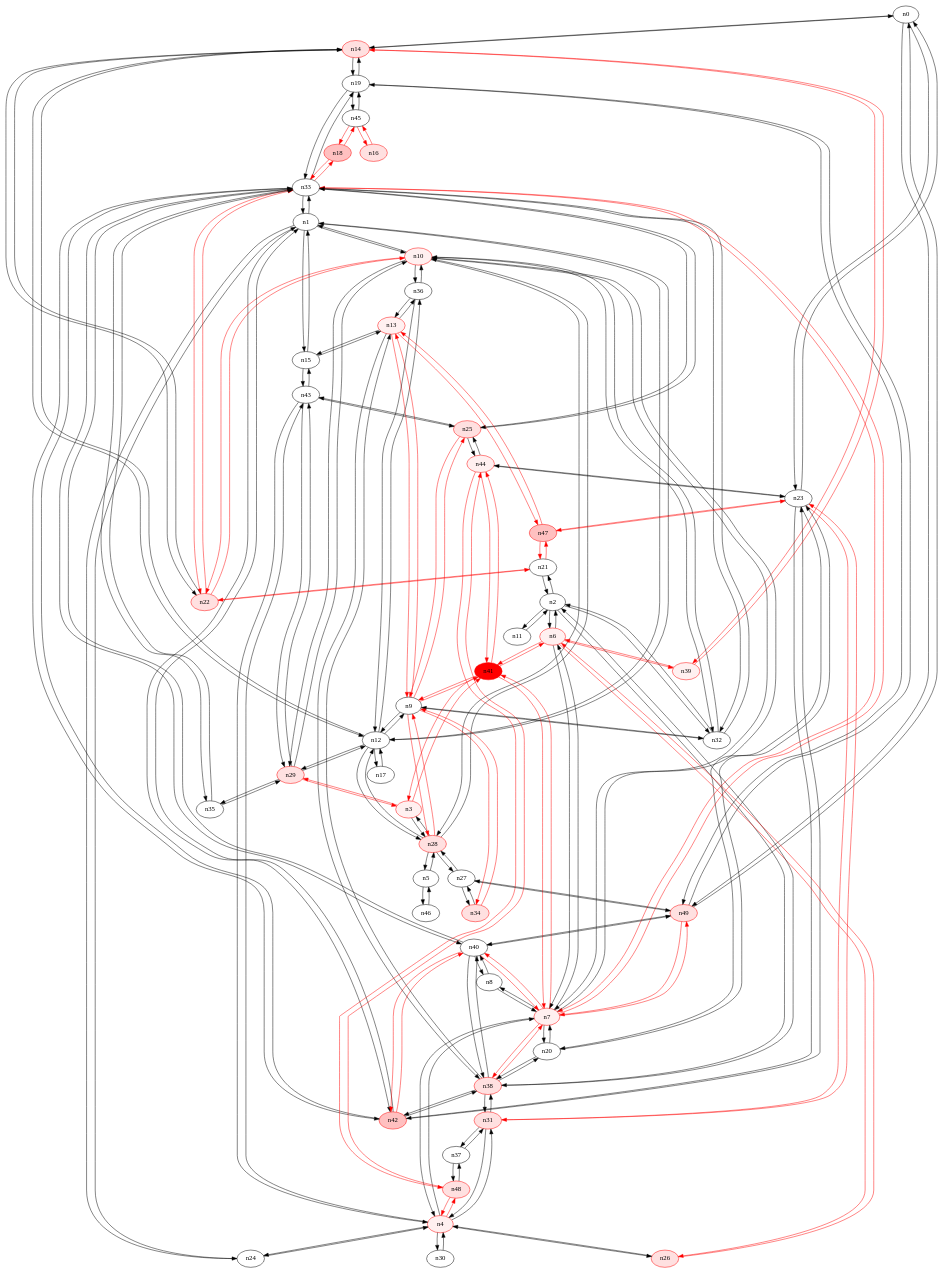
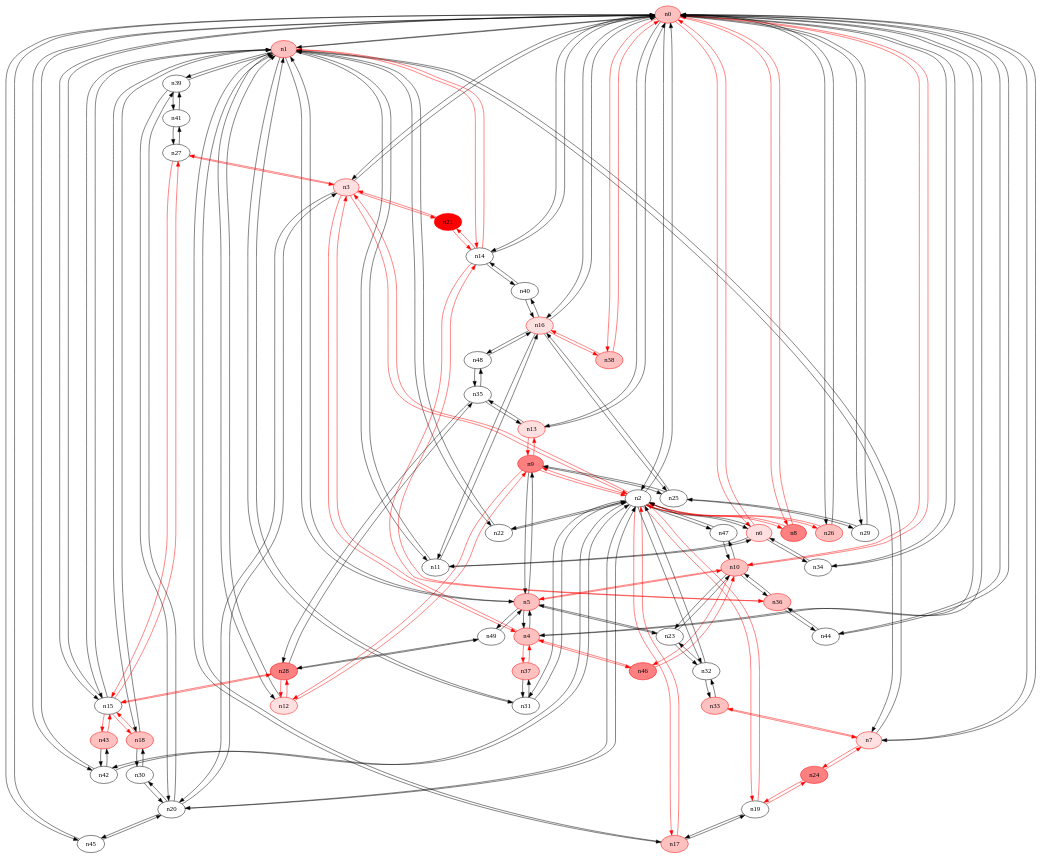
The diagram in 50_40/23-rrt1.dot (ireallyhopeirememberthis/yates_rrt), drawn with Graphviz before and after one commit. The commit also changed 7464 other files, not shown here.

```diff
--- a/50_40/23-rrt1.dot
+++ b/50_40/23-rrt1.dot
@@ -1,252 +1,244 @@
 strict digraph {
-n0 [type=switch];
-n14 [type=switch, color="#FF0000", style=filled, fillcolor="#FFE0E0"];
+n0 [type=switch, color="#FF0000", style=filled, fillcolor="#FFC0C0"];
+n1 [type=host, color="#FF0000", style=filled, fillcolor="#FFC0C0"];
+n2 [type=switch];
+n3 [type=host, color="#FF0000", style=filled, fillcolor="#FFE0E0"];
+n4 [type=host, color="#FF0000", style=filled, fillcolor="#FFC0C0"];
+n6 [type=host, color="#FF0000", style=filled, fillcolor="#FFE0E0"];
+n7 [type=host, color="#FF0000", style=filled, fillcolor="#FFE0E0"];
+n8 [type=host, color="#FF0000", style=filled, fillcolor="#FF8080"];
+n10 [type=host, color="#FF0000", style=filled, fillcolor="#FFC0C0"];
+n13 [type=host, color="#FF0000", style=filled, fillcolor="#FFE0E0"];
+n14 [type=switch];
+n15 [type=switch];
+n16 [type=host, color="#FF0000", style=filled, fillcolor="#FFE0E0"];
+n26 [type=host, color="#FF0000", style=filled, fillcolor="#FFC0C0"];
+n29 [type=switch];
+n34 [type=switch];
+n38 [type=switch, color="#FF0000", style=filled, fillcolor="#FFC0C0"];
+n42 [type=switch];
+n44 [type=switch];
+n45 [type=switch];
+n5 [type=host, color="#FF0000", style=filled, fillcolor="#FFC0C0"];
+n11 [type=switch];
+n12 [type=host, color="#FF0000", style=filled, fillcolor="#FFE0E0"];
+n17 [type=host, color="#FF0000", style=filled, fillcolor="#FFC0C0"];
+n18 [type=host, color="#FF0000", style=filled, fillcolor="#FFC0C0"];
+n22 [type=switch];
+n31 [type=switch];
+n39 [type=switch];
+n9 [type=switch, color="#FF0000", style=filled, fillcolor="#FF8080"];
+n19 [type=switch];
+n20 [type=switch];
+n32 [type=switch];
+n47 [type=switch];
+n21 [type=switch, color="#FF0000", style=filled, fillcolor="#FF0000"];
+n27 [type=switch];
+n37 [type=host, color="#FF0000", style=filled, fillcolor="#FFC0C0"];
+n46 [type=host, color="#FF0000", style=filled, fillcolor="#FF8080"];
 n23 [type=switch];
-n49 [type=host, color="#FF0000", style=filled, fillcolor="#FFE0E0"];
-n1 [type=switch];
-n10 [type=host, color="#FF0000", style=filled, fillcolor="#FFF0F0"];
-n12 [type=switch];
-n15 [type=switch];
-n24 [type=switch];
-n33 [type=switch];
-n42 [type=host, color="#FF0000", style=filled, fillcolor="#FFC0C0"];
-n2 [type=switch];
-n6 [type=host, color="#FF0000", style=filled, fillcolor="#FFF0F0"];
-n11 [type=switch];
-n21 [type=switch];
-n32 [type=switch];
-n38 [type=host, color="#FF0000", style=filled, fillcolor="#FFE0E0"];
-n3 [type=host, color="#FF0000", style=filled, fillcolor="#FFF0F0"];
-n28 [type=host, color="#FF0000", style=filled, fillcolor="#FFE0E0"];
-n29 [type=host, color="#FF0000", style=filled, fillcolor="#FFE0E0"];
-n41 [type=host, color="#FF0000", style=filled, fillcolor="#FF0000"];
-n4 [type=host, color="#FF0000", style=filled, fillcolor="#FFF0F0"];
-n7 [type=host, color="#FF0000", style=filled, fillcolor="#FFF0F0"];
-n26 [type=host, color="#FF0000", style=filled, fillcolor="#FFE0E0"];
+n49 [type=switch];
+n24 [type=switch, color="#FF0000", style=filled, fillcolor="#FF8080"];
+n33 [type=host, color="#FF0000", style=filled, fillcolor="#FFC0C0"];
+n25 [type=switch];
+n36 [type=host, color="#FF0000", style=filled, fillcolor="#FFC0C0"];
+n28 [type=host, color="#FF0000", style=filled, fillcolor="#FF8080"];
+n35 [type=switch];
+n40 [type=switch];
+n43 [type=host, color="#FF0000", style=filled, fillcolor="#FFC0C0"];
+n48 [type=switch];
 n30 [type=switch];
-n31 [type=host, color="#FF0000", style=filled, fillcolor="#FFE0E0"];
-n43 [type=switch];
-n48 [type=switch, color="#FF0000", style=filled, fillcolor="#FFE0E0"];
-n5 [type=switch];
-n46 [type=switch];
-n39 [type=host, color="#FF0000", style=filled, fillcolor="#FFF0F0"];
-n8 [type=switch];
-n20 [type=switch];
-n40 [type=switch];
-n9 [type=switch];
-n13 [type=host, color="#FF0000", style=filled, fillcolor="#FFF0F0"];
-n25 [type=host, color="#FF0000", style=filled, fillcolor="#FFE0E0"];
-n34 [type=host, color="#FF0000", style=filled, fillcolor="#FFE0E0"];
-n22 [type=host, color="#FF0000", style=filled, fillcolor="#FFE0E0"];
-n36 [type=switch];
-n17 [type=switch];
-n47 [type=switch, color="#FF0000", style=filled, fillcolor="#FFC0C0"];
-n19 [type=switch];
-n16 [type=host, color="#FF0000", style=filled, fillcolor="#FFE0E0"];
-n45 [type=switch];
-n18 [type=switch, color="#FF0000", style=filled, fillcolor="#FFC0C0"];
-n44 [type=host, color="#FF0000", style=filled, fillcolor="#FFF0F0"];
-n27 [type=switch];
-n35 [type=switch];
-n37 [type=switch];
+n41 [type=switch];
+n0 -> n1 [src_port=0, dst_port=0];
+n0 -> n2 [src_port=0, dst_port=0];
+n0 -> n3 [src_port=0, dst_port=0];
+n0 -> n4 [src_port=0, dst_port=0];
+n0 -> n6 [src_port=0, dst_port=0, color="#FF0000"];
+n0 -> n7 [src_port=0, dst_port=0];
+n0 -> n8 [src_port=0, dst_port=0, color="#FF0000"];
+n0 -> n10 [src_port=0, dst_port=0, color="#FF0000"];
+n0 -> n13 [src_port=0, dst_port=0];
 n0 -> n14 [src_port=0, dst_port=0];
-n0 -> n23 [src_port=0, dst_port=0];
-n0 -> n49 [src_port=0, dst_port=0];
+n0 -> n15 [src_port=0, dst_port=0];
+n0 -> n16 [src_port=0, dst_port=0];
+n0 -> n26 [src_port=0, dst_port=0];
+n0 -> n29 [src_port=0, dst_port=0];
+n0 -> n34 [src_port=0, dst_port=0];
+n0 -> n38 [src_port=0, dst_port=0, color="#FF0000"];
+n0 -> n42 [src_port=0, dst_port=0];
+n0 -> n44 [src_port=0, dst_port=0];
+n0 -> n45 [src_port=0, dst_port=0];
+n1 -> n0 [src_port=0, dst_port=0];
+n1 -> n7 [src_port=0, dst_port=0];
+n1 -> n14 [src_port=0, dst_port=0, color="#FF0000"];
+n1 -> n15 [src_port=0, dst_port=0];
+n1 -> n5 [src_port=0, dst_port=0];
+n1 -> n11 [src_port=0, dst_port=0];
+n1 -> n12 [src_port=0, dst_port=0];
+n1 -> n17 [src_port=0, dst_port=0];
+n1 -> n18 [src_port=0, dst_port=0];
+n1 -> n22 [src_port=0, dst_port=0];
+n1 -> n31 [src_port=0, dst_port=0];
+n1 -> n39 [src_port=0, dst_port=0];
+n2 -> n0 [src_port=0, dst_port=0];
+n2 -> n3 [src_port=0, dst_port=0, color="#FF0000"];
+n2 -> n6 [src_port=0, dst_port=0];
+n2 -> n8 [src_port=0, dst_port=0, color="#FF0000"];
+n2 -> n26 [src_port=0, dst_port=0, color="#FF0000"];
+n2 -> n42 [src_port=0, dst_port=0];
+n2 -> n17 [src_port=0, dst_port=0, color="#FF0000"];
+n2 -> n22 [src_port=0, dst_port=0];
+n2 -> n31 [src_port=0, dst_port=0];
+n2 -> n9 [src_port=0, dst_port=0, color="#FF0000"];
+n2 -> n19 [src_port=0, dst_port=0, color="#FF0000"];
+n2 -> n20 [src_port=0, dst_port=0];
+n2 -> n32 [src_port=0, dst_port=0];
+n2 -> n47 [src_port=0, dst_port=0];
+n3 -> n0 [src_port=0, dst_port=0];
+n3 -> n2 [src_port=0, dst_port=0, color="#FF0000"];
+n3 -> n4 [src_port=0, dst_port=0, color="#FF0000"];
+n3 -> n20 [src_port=0, dst_port=0];
+n3 -> n21 [src_port=0, dst_port=0, color="#FF0000"];
+n3 -> n27 [src_port=0, dst_port=0, color="#FF0000"];
+n4 -> n0 [src_port=0, dst_port=0];
+n4 -> n3 [src_port=0, dst_port=0, color="#FF0000"];
+n4 -> n5 [src_port=0, dst_port=0];
+n4 -> n37 [src_port=0, dst_port=0, color="#FF0000"];
+n4 -> n46 [src_port=0, dst_port=0, color="#FF0000"];
+n6 -> n0 [src_port=0, dst_port=0, color="#FF0000"];
+n6 -> n2 [src_port=0, dst_port=0];
+n6 -> n34 [src_port=0, dst_port=0];
+n6 -> n11 [src_port=0, dst_port=0];
+n7 -> n0 [src_port=0, dst_port=0];
+n7 -> n1 [src_port=0, dst_port=0];
+n7 -> n24 [src_port=0, dst_port=0, color="#FF0000"];
+n7 -> n33 [src_port=0, dst_port=0, color="#FF0000"];
+n8 -> n0 [src_port=0, dst_port=0, color="#FF0000"];
+n8 -> n2 [src_port=0, dst_port=0, color="#FF0000"];
+n10 -> n0 [src_port=0, dst_port=0, color="#FF0000"];
+n10 -> n5 [src_port=0, dst_port=0, color="#FF0000"];
+n10 -> n47 [src_port=0, dst_port=0];
+n10 -> n46 [src_port=0, dst_port=0, color="#FF0000"];
+n10 -> n23 [src_port=0, dst_port=0];
+n10 -> n36 [src_port=0, dst_port=0];
+n13 -> n0 [src_port=0, dst_port=0];
+n13 -> n9 [src_port=0, dst_port=0, color="#FF0000"];
+n13 -> n35 [src_port=0, dst_port=0];
 n14 -> n0 [src_port=0, dst_port=0];
-n14 -> n12 [src_port=0, dst_port=0];
-n14 -> n39 [src_port=0, dst_port=0, color="#FF0000"];
-n14 -> n22 [src_port=0, dst_port=0];
-n14 -> n19 [src_port=0, dst_port=0];
-n23 -> n0 [src_port=0, dst_port=0];
-n23 -> n42 [src_port=0, dst_port=0];
-n23 -> n31 [src_port=0, dst_port=0, color="#FF0000"];
-n23 -> n20 [src_port=0, dst_port=0];
-n23 -> n47 [src_port=0, dst_port=0, color="#FF0000"];
-n23 -> n44 [src_port=0, dst_port=0];
-n49 -> n0 [src_port=0, dst_port=0];
-n49 -> n7 [src_port=0, dst_port=0, color="#FF0000"];
-n49 -> n40 [src_port=0, dst_port=0];
-n49 -> n19 [src_port=0, dst_port=0];
-n49 -> n27 [src_port=0, dst_port=0];
-n1 -> n10 [src_port=0, dst_port=0];
-n1 -> n12 [src_port=0, dst_port=0];
-n1 -> n15 [src_port=0, dst_port=0];
-n1 -> n24 [src_port=0, dst_port=0];
-n1 -> n33 [src_port=0, dst_port=0];
-n1 -> n42 [src_port=0, dst_port=0];
-n10 -> n1 [src_port=0, dst_port=0];
-n10 -> n32 [src_port=0, dst_port=0];
-n10 -> n28 [src_port=0, dst_port=0];
-n10 -> n29 [src_port=0, dst_port=0];
-n10 -> n7 [src_port=0, dst_port=0];
-n10 -> n22 [src_port=0, dst_port=0, color="#FF0000"];
-n10 -> n36 [src_port=0, dst_port=0];
-n12 -> n14 [src_port=0, dst_port=0];
+n14 -> n1 [src_port=0, dst_port=0, color="#FF0000"];
+n14 -> n21 [src_port=0, dst_port=0, color="#FF0000"];
+n14 -> n36 [src_port=0, dst_port=0, color="#FF0000"];
+n14 -> n40 [src_port=0, dst_port=0];
+n15 -> n0 [src_port=0, dst_port=0];
+n15 -> n1 [src_port=0, dst_port=0];
+n15 -> n18 [src_port=0, dst_port=0, color="#FF0000"];
+n15 -> n27 [src_port=0, dst_port=0, color="#FF0000"];
+n15 -> n28 [src_port=0, dst_port=0, color="#FF0000"];
+n15 -> n43 [src_port=0, dst_port=0, color="#FF0000"];
+n16 -> n0 [src_port=0, dst_port=0];
+n16 -> n38 [src_port=0, dst_port=0, color="#FF0000"];
+n16 -> n11 [src_port=0, dst_port=0];
+n16 -> n25 [src_port=0, dst_port=0];
+n16 -> n40 [src_port=0, dst_port=0];
+n16 -> n48 [src_port=0, dst_port=0];
+n26 -> n0 [src_port=0, dst_port=0];
+n26 -> n2 [src_port=0, dst_port=0, color="#FF0000"];
+n29 -> n0 [src_port=0, dst_port=0];
+n29 -> n25 [src_port=0, dst_port=0];
+n34 -> n0 [src_port=0, dst_port=0];
+n34 -> n6 [src_port=0, dst_port=0];
+n38 -> n0 [src_port=0, dst_port=0, color="#FF0000"];
+n38 -> n16 [src_port=0, dst_port=0, color="#FF0000"];
+n42 -> n0 [src_port=0, dst_port=0];
+n42 -> n2 [src_port=0, dst_port=0];
+n42 -> n43 [src_port=0, dst_port=0];
+n44 -> n0 [src_port=0, dst_port=0];
+n44 -> n36 [src_port=0, dst_port=0];
+n45 -> n0 [src_port=0, dst_port=0];
+n45 -> n20 [src_port=0, dst_port=0];
+n5 -> n1 [src_port=0, dst_port=0];
+n5 -> n4 [src_port=0, dst_port=0];
+n5 -> n10 [src_port=0, dst_port=0, color="#FF0000"];
+n5 -> n9 [src_port=0, dst_port=0];
+n5 -> n23 [src_port=0, dst_port=0];
+n5 -> n49 [src_port=0, dst_port=0];
+n11 -> n1 [src_port=0, dst_port=0];
+n11 -> n6 [src_port=0, dst_port=0];
+n11 -> n16 [src_port=0, dst_port=0];
 n12 -> n1 [src_port=0, dst_port=0];
-n12 -> n28 [src_port=0, dst_port=0];
-n12 -> n29 [src_port=0, dst_port=0];
-n12 -> n9 [src_port=0, dst_port=0];
-n12 -> n36 [src_port=0, dst_port=0];
-n12 -> n17 [src_port=0, dst_port=0];
-n15 -> n1 [src_port=0, dst_port=0];
-n15 -> n43 [src_port=0, dst_port=0];
-n15 -> n13 [src_port=0, dst_port=0];
-n24 -> n1 [src_port=0, dst_port=0];
-n24 -> n4 [src_port=0, dst_port=0];
-n33 -> n1 [src_port=0, dst_port=0];
-n33 -> n42 [src_port=0, dst_port=0];
+n12 -> n9 [src_port=0, dst_port=0, color="#FF0000"];
+n12 -> n28 [src_port=0, dst_port=0, color="#FF0000"];
+n17 -> n1 [src_port=0, dst_port=0];
+n17 -> n2 [src_port=0, dst_port=0, color="#FF0000"];
+n17 -> n19 [src_port=0, dst_port=0];
+n18 -> n1 [src_port=0, dst_port=0];
+n18 -> n15 [src_port=0, dst_port=0, color="#FF0000"];
+n18 -> n30 [src_port=0, dst_port=0];
+n22 -> n1 [src_port=0, dst_port=0];
+n22 -> n2 [src_port=0, dst_port=0];
+n31 -> n1 [src_port=0, dst_port=0];
+n31 -> n2 [src_port=0, dst_port=0];
+n31 -> n37 [src_port=0, dst_port=0];
+n39 -> n1 [src_port=0, dst_port=0];
+n39 -> n20 [src_port=0, dst_port=0];
+n39 -> n41 [src_port=0, dst_port=0];
+n9 -> n2 [src_port=0, dst_port=0, color="#FF0000"];
+n9 -> n13 [src_port=0, dst_port=0, color="#FF0000"];
+n9 -> n5 [src_port=0, dst_port=0];
+n9 -> n12 [src_port=0, dst_port=0, color="#FF0000"];
+n9 -> n25 [src_port=0, dst_port=0];
+n19 -> n2 [src_port=0, dst_port=0, color="#FF0000"];
+n19 -> n17 [src_port=0, dst_port=0];
+n19 -> n24 [src_port=0, dst_port=0, color="#FF0000"];
+n20 -> n2 [src_port=0, dst_port=0];
+n20 -> n3 [src_port=0, dst_port=0];
+n20 -> n45 [src_port=0, dst_port=0];
+n20 -> n39 [src_port=0, dst_port=0];
+n20 -> n30 [src_port=0, dst_port=0];
+n32 -> n2 [src_port=0, dst_port=0];
+n32 -> n23 [src_port=0, dst_port=0];
+n32 -> n33 [src_port=0, dst_port=0];
+n47 -> n2 [src_port=0, dst_port=0];
+n47 -> n10 [src_port=0, dst_port=0];
+n21 -> n3 [src_port=0, dst_port=0, color="#FF0000"];
+n21 -> n14 [src_port=0, dst_port=0, color="#FF0000"];
+n27 -> n3 [src_port=0, dst_port=0, color="#FF0000"];
+n27 -> n15 [src_port=0, dst_port=0, color="#FF0000"];
+n27 -> n41 [src_port=0, dst_port=0];
+n37 -> n4 [src_port=0, dst_port=0, color="#FF0000"];
+n37 -> n31 [src_port=0, dst_port=0];
+n46 -> n4 [src_port=0, dst_port=0, color="#FF0000"];
+n46 -> n10 [src_port=0, dst_port=0, color="#FF0000"];
+n23 -> n10 [src_port=0, dst_port=0];
+n23 -> n5 [src_port=0, dst_port=0];
+n23 -> n32 [src_port=0, dst_port=0];
+n49 -> n5 [src_port=0, dst_port=0];
+n49 -> n28 [src_port=0, dst_port=0];
+n24 -> n7 [src_port=0, dst_port=0, color="#FF0000"];
+n24 -> n19 [src_port=0, dst_port=0, color="#FF0000"];
+n33 -> n7 [src_port=0, dst_port=0, color="#FF0000"];
 n33 -> n32 [src_port=0, dst_port=0];
-n33 -> n7 [src_port=0, dst_port=0, color="#FF0000"];
-n33 -> n40 [src_port=0, dst_port=0];
-n33 -> n25 [src_port=0, dst_port=0];
-n33 -> n22 [src_port=0, dst_port=0, color="#FF0000"];
-n33 -> n19 [src_port=0, dst_port=0];
-n33 -> n18 [src_port=0, dst_port=0, color="#FF0000"];
-n33 -> n35 [src_port=0, dst_port=0];
-n42 -> n23 [src_port=0, dst_port=0];
-n42 -> n1 [src_port=0, dst_port=0];
-n42 -> n33 [src_port=0, dst_port=0];
-n42 -> n38 [src_port=0, dst_port=0];
-n42 -> n40 [src_port=0, dst_port=0, color="#FF0000"];
-n2 -> n6 [src_port=0, dst_port=0];
-n2 -> n11 [src_port=0, dst_port=0];
-n2 -> n21 [src_port=0, dst_port=0];
-n2 -> n32 [src_port=0, dst_port=0];
-n2 -> n38 [src_port=0, dst_port=0];
-n6 -> n2 [src_port=0, dst_port=0];
-n6 -> n41 [src_port=0, dst_port=0, color="#FF0000"];
-n6 -> n7 [src_port=0, dst_port=0];
-n6 -> n26 [src_port=0, dst_port=0, color="#FF0000"];
-n6 -> n39 [src_port=0, dst_port=0, color="#FF0000"];
-n11 -> n2 [src_port=0, dst_port=0];
-n21 -> n2 [src_port=0, dst_port=0];
-n21 -> n22 [src_port=0, dst_port=0, color="#FF0000"];
-n21 -> n47 [src_port=0, dst_port=0, color="#FF0000"];
-n32 -> n10 [src_port=0, dst_port=0];
-n32 -> n33 [src_port=0, dst_port=0];
-n32 -> n2 [src_port=0, dst_port=0];
-n32 -> n9 [src_port=0, dst_port=0];
-n38 -> n42 [src_port=0, dst_port=0];
-n38 -> n2 [src_port=0, dst_port=0];
-n38 -> n7 [src_port=0, dst_port=0, color="#FF0000"];
-n38 -> n31 [src_port=0, dst_port=0];
-n38 -> n20 [src_port=0, dst_port=0];
-n38 -> n40 [src_port=0, dst_port=0];
-n38 -> n13 [src_port=0, dst_port=0];
-n3 -> n28 [src_port=0, dst_port=0];
-n3 -> n29 [src_port=0, dst_port=0, color="#FF0000"];
-n3 -> n41 [src_port=0, dst_port=0, color="#FF0000"];
-n28 -> n10 [src_port=0, dst_port=0];
-n28 -> n12 [src_port=0, dst_port=0];
-n28 -> n3 [src_port=0, dst_port=0];
-n28 -> n5 [src_port=0, dst_port=0];
-n28 -> n9 [src_port=0, dst_port=0, color="#FF0000"];
-n28 -> n27 [src_port=0, dst_port=0];
-n29 -> n10 [src_port=0, dst_port=0];
-n29 -> n12 [src_port=0, dst_port=0];
-n29 -> n3 [src_port=0, dst_port=0, color="#FF0000"];
-n29 -> n43 [src_port=0, dst_port=0];
-n29 -> n35 [src_port=0, dst_port=0];
-n41 -> n6 [src_port=0, dst_port=0, color="#FF0000"];
-n41 -> n3 [src_port=0, dst_port=0, color="#FF0000"];
-n41 -> n7 [src_port=0, dst_port=0, color="#FF0000"];
-n41 -> n9 [src_port=0, dst_port=0, color="#FF0000"];
-n41 -> n44 [src_port=0, dst_port=0, color="#FF0000"];
-n4 -> n24 [src_port=0, dst_port=0];
-n4 -> n7 [src_port=0, dst_port=0];
-n4 -> n26 [src_port=0, dst_port=0];
-n4 -> n30 [src_port=0, dst_port=0];
-n4 -> n31 [src_port=0, dst_port=0];
-n4 -> n43 [src_port=0, dst_port=0];
-n4 -> n48 [src_port=0, dst_port=0, color="#FF0000"];
-n7 -> n49 [src_port=0, dst_port=0, color="#FF0000"];
-n7 -> n10 [src_port=0, dst_port=0];
-n7 -> n33 [src_port=0, dst_port=0, color="#FF0000"];
-n7 -> n6 [src_port=0, dst_port=0];
-n7 -> n38 [src_port=0, dst_port=0, color="#FF0000"];
-n7 -> n41 [src_port=0, dst_port=0, color="#FF0000"];
-n7 -> n4 [src_port=0, dst_port=0];
-n7 -> n8 [src_port=0, dst_port=0];
-n7 -> n20 [src_port=0, dst_port=0];
-n7 -> n40 [src_port=0, dst_port=0, color="#FF0000"];
-n26 -> n6 [src_port=0, dst_port=0, color="#FF0000"];
-n26 -> n4 [src_port=0, dst_port=0];
-n30 -> n4 [src_port=0, dst_port=0];
-n31 -> n23 [src_port=0, dst_port=0, color="#FF0000"];
-n31 -> n38 [src_port=0, dst_port=0];
-n31 -> n4 [src_port=0, dst_port=0];
-n31 -> n37 [src_port=0, dst_port=0];
-n43 -> n15 [src_port=0, dst_port=0];
-n43 -> n29 [src_port=0, dst_port=0];
-n43 -> n4 [src_port=0, dst_port=0];
-n43 -> n25 [src_port=0, dst_port=0];
-n48 -> n4 [src_port=0, dst_port=0, color="#FF0000"];
-n48 -> n44 [src_port=0, dst_port=0, color="#FF0000"];
-n48 -> n37 [src_port=0, dst_port=0];
-n5 -> n28 [src_port=0, dst_port=0];
-n5 -> n46 [src_port=0, dst_port=0];
-n46 -> n5 [src_port=0, dst_port=0];
-n39 -> n14 [src_port=0, dst_port=0, color="#FF0000"];
-n39 -> n6 [src_port=0, dst_port=0, color="#FF0000"];
-n8 -> n7 [src_port=0, dst_port=0];
-n8 -> n40 [src_port=0, dst_port=0];
-n20 -> n23 [src_port=0, dst_port=0];
-n20 -> n38 [src_port=0, dst_port=0];
-n20 -> n7 [src_port=0, dst_port=0];
-n40 -> n49 [src_port=0, dst_port=0];
-n40 -> n33 [src_port=0, dst_port=0];
-n40 -> n42 [src_port=0, dst_port=0, color="#FF0000"];
-n40 -> n38 [src_port=0, dst_port=0];
-n40 -> n7 [src_port=0, dst_port=0, color="#FF0000"];
-n40 -> n8 [src_port=0, dst_port=0];
-n9 -> n12 [src_port=0, dst_port=0];
-n9 -> n32 [src_port=0, dst_port=0];
-n9 -> n28 [src_port=0, dst_port=0, color="#FF0000"];
-n9 -> n41 [src_port=0, dst_port=0, color="#FF0000"];
-n9 -> n13 [src_port=0, dst_port=0, color="#FF0000"];
-n9 -> n25 [src_port=0, dst_port=0, color="#FF0000"];
-n9 -> n34 [src_port=0, dst_port=0, color="#FF0000"];
-n13 -> n15 [src_port=0, dst_port=0];
-n13 -> n38 [src_port=0, dst_port=0];
-n13 -> n9 [src_port=0, dst_port=0, color="#FF0000"];
-n13 -> n36 [src_port=0, dst_port=0];
-n13 -> n47 [src_port=0, dst_port=0, color="#FF0000"];
-n25 -> n33 [src_port=0, dst_port=0];
-n25 -> n43 [src_port=0, dst_port=0];
-n25 -> n9 [src_port=0, dst_port=0, color="#FF0000"];
-n25 -> n44 [src_port=0, dst_port=0];
-n34 -> n9 [src_port=0, dst_port=0, color="#FF0000"];
-n34 -> n27 [src_port=0, dst_port=0];
-n22 -> n14 [src_port=0, dst_port=0];
-n22 -> n10 [src_port=0, dst_port=0, color="#FF0000"];
-n22 -> n33 [src_port=0, dst_port=0, color="#FF0000"];
-n22 -> n21 [src_port=0, dst_port=0, color="#FF0000"];
+n25 -> n16 [src_port=0, dst_port=0];
+n25 -> n29 [src_port=0, dst_port=0];
+n25 -> n9 [src_port=0, dst_port=0];
 n36 -> n10 [src_port=0, dst_port=0];
-n36 -> n12 [src_port=0, dst_port=0];
-n36 -> n13 [src_port=0, dst_port=0];
-n17 -> n12 [src_port=0, dst_port=0];
-n47 -> n23 [src_port=0, dst_port=0, color="#FF0000"];
-n47 -> n21 [src_port=0, dst_port=0, color="#FF0000"];
-n47 -> n13 [src_port=0, dst_port=0, color="#FF0000"];
-n19 -> n14 [src_port=0, dst_port=0];
-n19 -> n49 [src_port=0, dst_port=0];
-n19 -> n33 [src_port=0, dst_port=0];
-n19 -> n45 [src_port=0, dst_port=0];
-n16 -> n45 [src_port=0, dst_port=0, color="#FF0000"];
-n45 -> n19 [src_port=0, dst_port=0];
-n45 -> n16 [src_port=0, dst_port=0, color="#FF0000"];
-n45 -> n18 [src_port=0, dst_port=0, color="#FF0000"];
-n18 -> n33 [src_port=0, dst_port=0, color="#FF0000"];
-n18 -> n45 [src_port=0, dst_port=0, color="#FF0000"];
-n44 -> n23 [src_port=0, dst_port=0];
-n44 -> n41 [src_port=0, dst_port=0, color="#FF0000"];
-n44 -> n48 [src_port=0, dst_port=0, color="#FF0000"];
-n44 -> n25 [src_port=0, dst_port=0];
-n27 -> n49 [src_port=0, dst_port=0];
-n27 -> n28 [src_port=0, dst_port=0];
-n27 -> n34 [src_port=0, dst_port=0];
-n35 -> n33 [src_port=0, dst_port=0];
-n35 -> n29 [src_port=0, dst_port=0];
-n37 -> n31 [src_port=0, dst_port=0];
-n37 -> n48 [src_port=0, dst_port=0];
+n36 -> n14 [src_port=0, dst_port=0, color="#FF0000"];
+n36 -> n44 [src_port=0, dst_port=0];
+n28 -> n15 [src_port=0, dst_port=0, color="#FF0000"];
+n28 -> n12 [src_port=0, dst_port=0, color="#FF0000"];
+n28 -> n49 [src_port=0, dst_port=0];
+n28 -> n35 [src_port=0, dst_port=0];
+n35 -> n13 [src_port=0, dst_port=0];
+n35 -> n28 [src_port=0, dst_port=0];
+n35 -> n48 [src_port=0, dst_port=0];
+n40 -> n14 [src_port=0, dst_port=0];
+n40 -> n16 [src_port=0, dst_port=0];
+n43 -> n15 [src_port=0, dst_port=0, color="#FF0000"];
+n43 -> n42 [src_port=0, dst_port=0];
+n48 -> n16 [src_port=0, dst_port=0];
+n48 -> n35 [src_port=0, dst_port=0];
+n30 -> n18 [src_port=0, dst_port=0];
+n30 -> n20 [src_port=0, dst_port=0];
+n41 -> n39 [src_port=0, dst_port=0];
+n41 -> n27 [src_port=0, dst_port=0];
 }
```
